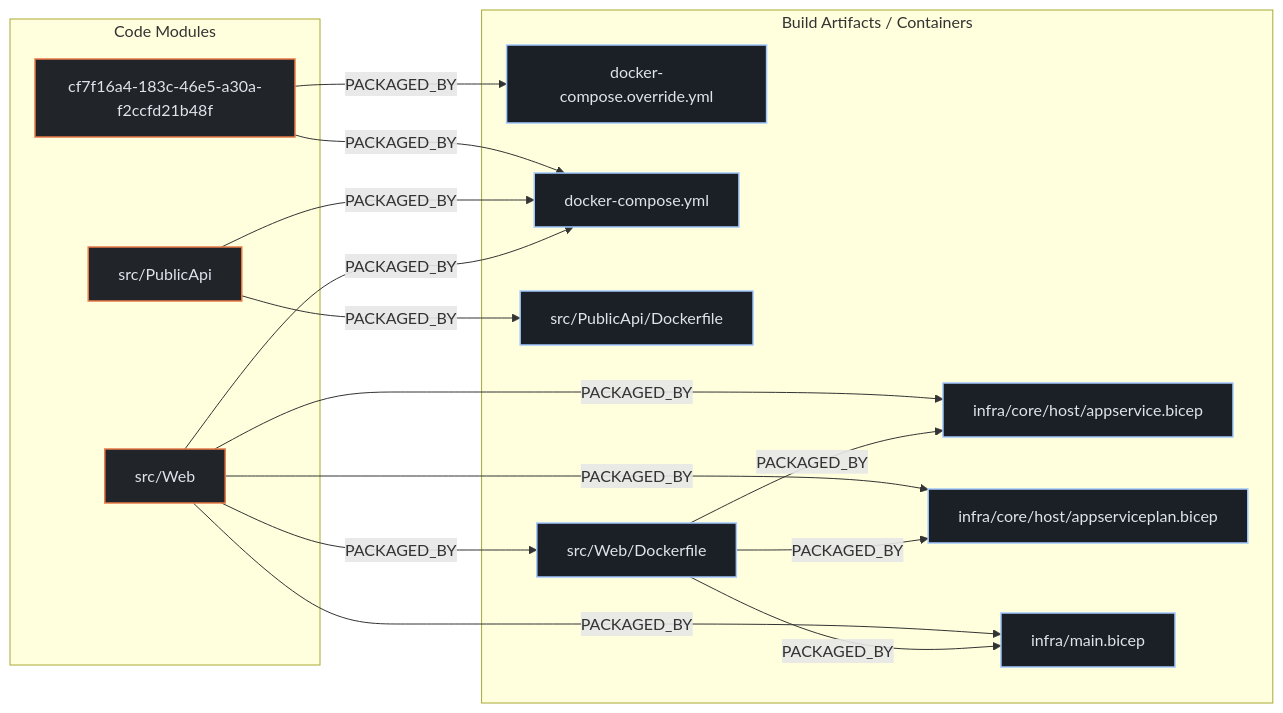
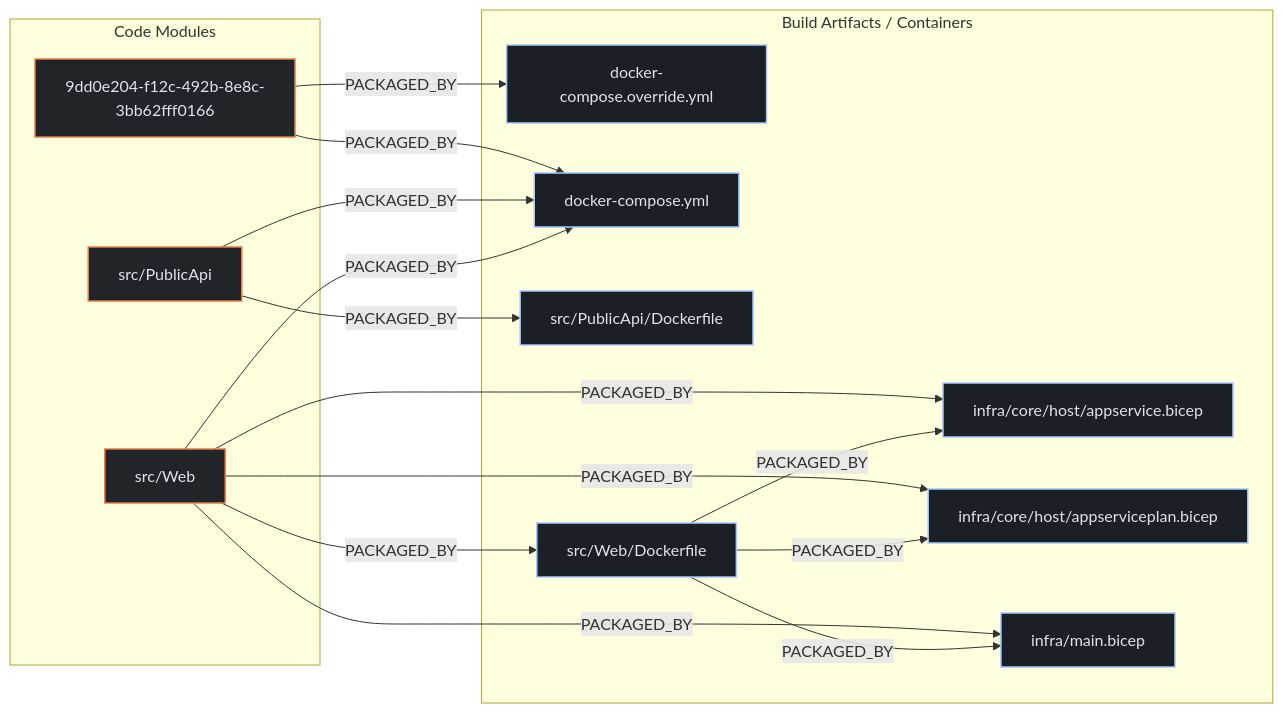
The second of 3 diagrams in exports/latest/reports/dotnet-architecture-eShopOnWeb-report.md (kumarshaz/atruss-code-atlas), drawn with Mermaid before and after one commit. The commit also changed other lines of this file and 27 other files, not shown here.

````diff
--- a/exports/latest/reports/dotnet-architecture-eShopOnWeb-report.md
+++ b/exports/latest/reports/dotnet-architecture-eShopOnWeb-report.md
@@ -193,34 +193,34 @@
 ```mermaid
 flowchart LR
     %% title: Code-to-Cloud Deployment Traceability
     classDef atlasCategory fill:#212428,stroke:#E87A48,stroke-width:1.5px,color:#dfe3eb
     classDef atlasWorkflow fill:#1b2026,stroke:#a3c9ff,stroke-width:1.5px,color:#dfe3eb
     classDef atlasJob fill:#171c22,stroke:#8d9199,stroke-width:1px,color:#dfe3eb
     classDef atlasTarget fill:#005227,stroke:#8bd99b,stroke-width:1.5px,color:#a7f6b6
     subgraph code_modules["Code Modules"]
-        mod_cf7f16a4_183c_46e5_a30a_f2ccfd21b48f["cf7f16a4-183c-46e5-a30a-f2ccfd21b48f"]:::atlasCategory
+        mod_9dd0e204_f12c_492b_8e8c_3bb62fff0166["9dd0e204-f12c-492b-8e8c-3bb62fff0166"]:::atlasCategory
         mod_src_PublicApi["src/PublicApi"]:::atlasCategory
         mod_src_Web["src/Web"]:::atlasCategory
     end
     subgraph build_artifacts["Build Artifacts / Containers"]
         art_docker_compose_override_yml["docker-compose.override.yml"]:::atlasWorkflow
         art_docker_compose_yml["docker-compose.yml"]:::atlasWorkflow
         art_infra_core_host_appservice_bicep["infra/core/host/appservice.bicep"]:::atlasWorkflow
         art_infra_core_host_appserviceplan_bicep["infra/core/host/appserviceplan.bicep"]:::atlasWorkflow
         art_infra_main_bicep["infra/main.bicep"]:::atlasWorkflow
         art_src_PublicApi_Dockerfile["src/PublicApi/Dockerfile"]:::atlasWorkflow
         art_src_Web_Dockerfile["src/Web/Dockerfile"]:::atlasWorkflow
     end
-    mod_cf7f16a4_183c_46e5_a30a_f2ccfd21b48f -->|PACKAGED_BY| art_docker_compose_override_yml
-    mod_cf7f16a4_183c_46e5_a30a_f2ccfd21b48f -->|PACKAGED_BY| art_docker_compose_yml
+    mod_9dd0e204_f12c_492b_8e8c_3bb62fff0166 -->|PACKAGED_BY| art_docker_compose_override_yml
+    mod_9dd0e204_f12c_492b_8e8c_3bb62fff0166 -->|PACKAGED_BY| art_docker_compose_yml
     mod_src_PublicApi -->|PACKAGED_BY| art_docker_compose_yml
     mod_src_PublicApi -->|PACKAGED_BY| art_src_PublicApi_Dockerfile
     mod_src_Web -->|PACKAGED_BY| art_docker_compose_yml
     mod_src_Web -->|PACKAGED_BY| art_src_Web_Dockerfile
     mod_src_Web -->|PACKAGED_BY| art_infra_core_host_appservice_bicep
     mod_src_Web -->|PACKAGED_BY| art_infra_core_host_appserviceplan_bicep
     mod_src_Web -->|PACKAGED_BY| art_infra_main_bicep
     art_src_Web_Dockerfile -->|PACKAGED_BY| art_infra_core_host_appservice_bicep
     art_src_Web_Dockerfile -->|PACKAGED_BY| art_infra_core_host_appserviceplan_bicep
     art_src_Web_Dockerfile -->|PACKAGED_BY| art_infra_main_bicep
 ```
````
